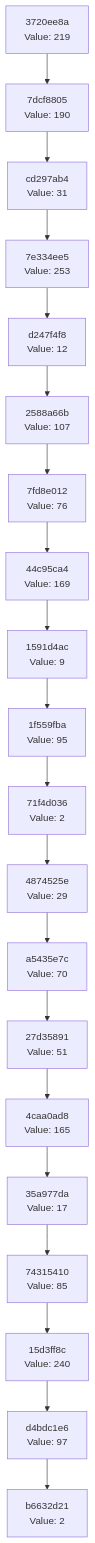
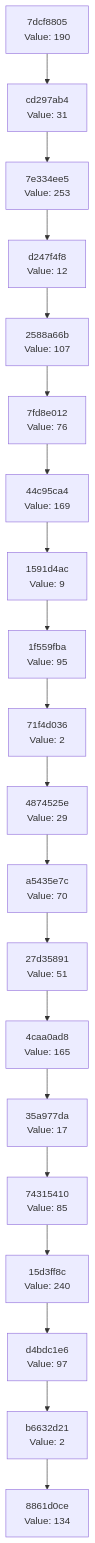
One commit to Abhisheksinha1506/hash-chain-evolver changed the diagram in docs/CHAIN_VISUALIZATION.md. Above: the diagram before and after it, drawn with Mermaid. The commit also changed 3 other files, not shown here.

````diff
--- a/docs/CHAIN_VISUALIZATION.md
+++ b/docs/CHAIN_VISUALIZATION.md
@@ -3,42 +3,42 @@
 ```mermaid
 graph TD
-    C0["b6632d21<br/>Value: 2"]
-    C1["d4bdc1e6<br/>Value: 97"]
+    C0["8861d0ce<br/>Value: 134"]
+    C1["b6632d21<br/>Value: 2"]
     C1 --> C0
-    C2["15d3ff8c<br/>Value: 240"]
+    C2["d4bdc1e6<br/>Value: 97"]
     C2 --> C1
-    C3["74315410<br/>Value: 85"]
+    C3["15d3ff8c<br/>Value: 240"]
     C3 --> C2
-    C4["35a977da<br/>Value: 17"]
+    C4["74315410<br/>Value: 85"]
     C4 --> C3
-    C5["4caa0ad8<br/>Value: 165"]
+    C5["35a977da<br/>Value: 17"]
     C5 --> C4
-    C6["27d35891<br/>Value: 51"]
+    C6["4caa0ad8<br/>Value: 165"]
     C6 --> C5
-    C7["a5435e7c<br/>Value: 70"]
+    C7["27d35891<br/>Value: 51"]
     C7 --> C6
-    C8["4874525e<br/>Value: 29"]
+    C8["a5435e7c<br/>Value: 70"]
     C8 --> C7
-    C9["71f4d036<br/>Value: 2"]
+    C9["4874525e<br/>Value: 29"]
     C9 --> C8
-    C10["1f559fba<br/>Value: 95"]
+    C10["71f4d036<br/>Value: 2"]
     C10 --> C9
-    C11["1591d4ac<br/>Value: 9"]
+    C11["1f559fba<br/>Value: 95"]
     C11 --> C10
-    C12["44c95ca4<br/>Value: 169"]
+    C12["1591d4ac<br/>Value: 9"]
     C12 --> C11
-    C13["7fd8e012<br/>Value: 76"]
+    C13["44c95ca4<br/>Value: 169"]
     C13 --> C12
-    C14["2588a66b<br/>Value: 107"]
+    C14["7fd8e012<br/>Value: 76"]
     C14 --> C13
-    C15["d247f4f8<br/>Value: 12"]
+    C15["2588a66b<br/>Value: 107"]
     C15 --> C14
-    C16["7e334ee5<br/>Value: 253"]
+    C16["d247f4f8<br/>Value: 12"]
     C16 --> C15
-    C17["cd297ab4<br/>Value: 31"]
+    C17["7e334ee5<br/>Value: 253"]
     C17 --> C16
-    C18["7dcf8805<br/>Value: 190"]
+    C18["cd297ab4<br/>Value: 31"]
     C18 --> C17
-    C19["3720ee8a<br/>Value: 219"]
+    C19["7dcf8805<br/>Value: 190"]
     C19 --> C18
 ```
````
